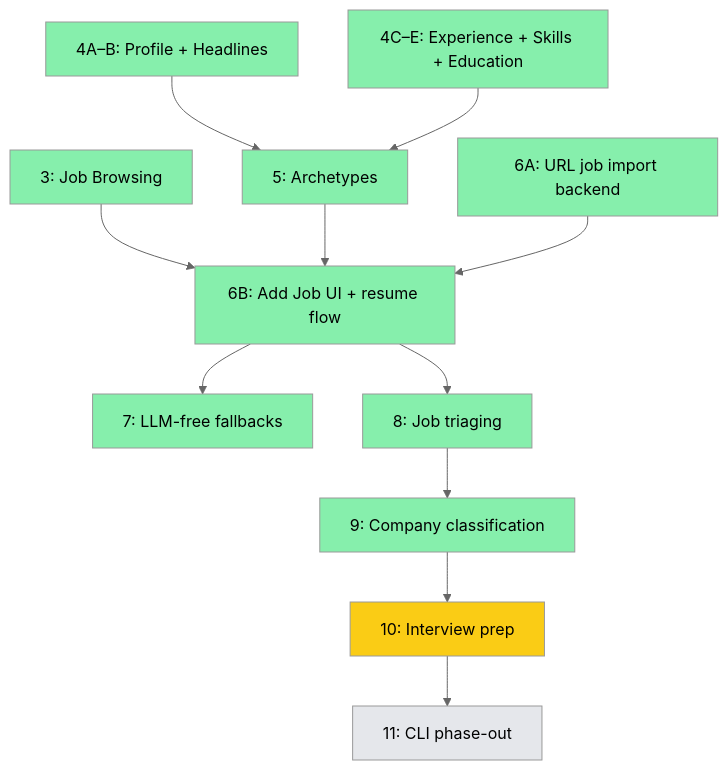
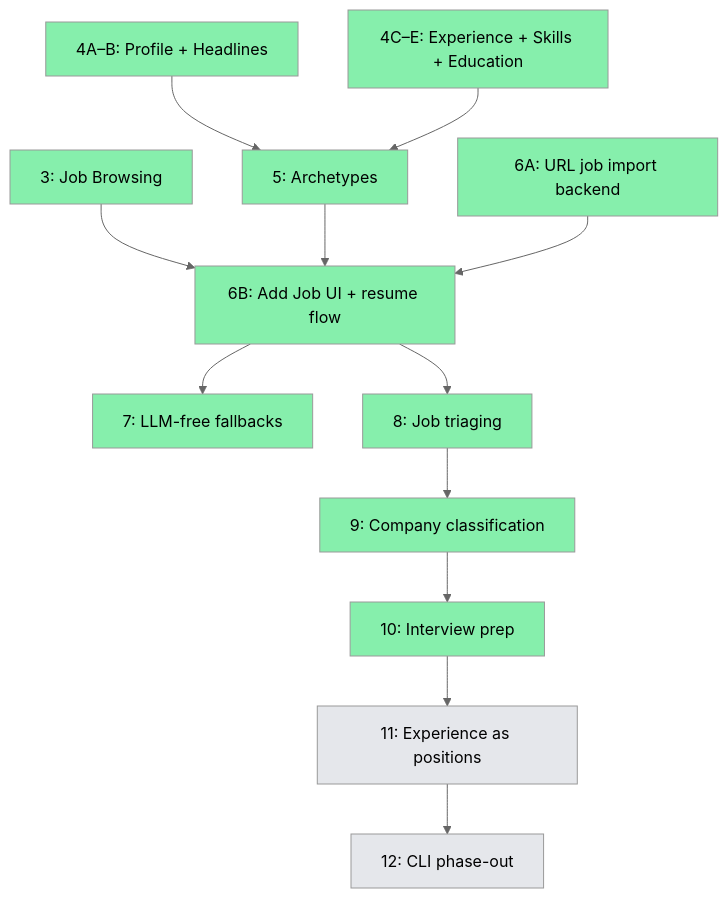
One commit to bluebird-labs/TailoredIn changed the diagram in GOALS.md. Above: the diagram before and after it, drawn with Mermaid (neutral theme). The commit also changed other lines of this file, not shown here.

Commit message:
docs: mark M10 complete, add M11 (experience as positions), renumber CLI phase-out to M12

````diff
--- a/GOALS.md
+++ b/GOALS.md
@@ -74,25 +74,27 @@
 ```mermaid
 graph TD
     M3["3: Job Browsing"] --> M6B["6B: Add Job UI + resume flow"]
     M4AB["4A–B: Profile + Headlines"] --> M5["5: Archetypes"]
     M4CDE["4C–E: Experience + Skills + Education"] --> M5
     M5 --> M6B
     M6A["6A: URL job import backend"] --> M6B
     M6B --> M7["7: LLM-free fallbacks"]
     M6B --> M8["8: Job triaging"]
     M8 --> M9["9: Company classification"]
     M9 --> M10["10: Interview prep"]
-    M10 --> M11["11: CLI phase-out"]
+    M10 --> M11["11: Experience as positions"]
+    M11 --> M12["12: CLI phase-out"]
 
     style M3 fill:#86efac
     style M4AB fill:#86efac
     style M4CDE fill:#86efac
     style M5 fill:#86efac
     style M6A fill:#86efac
     style M6B fill:#86efac
     style M7 fill:#86efac
     style M8 fill:#86efac
     style M9 fill:#86efac
-    style M10 fill:#facc15
+    style M10 fill:#86efac
     style M11 fill:#e5e7eb
+    style M12 fill:#e5e7eb
 ```
````
